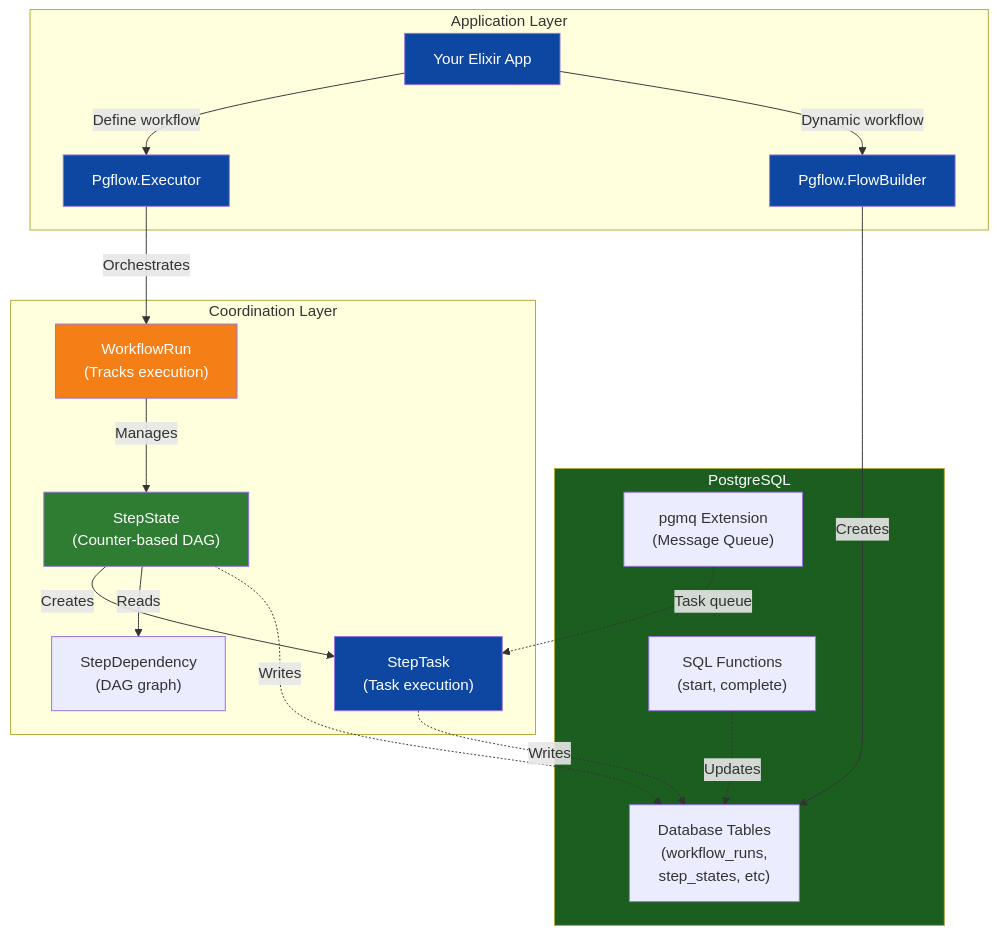
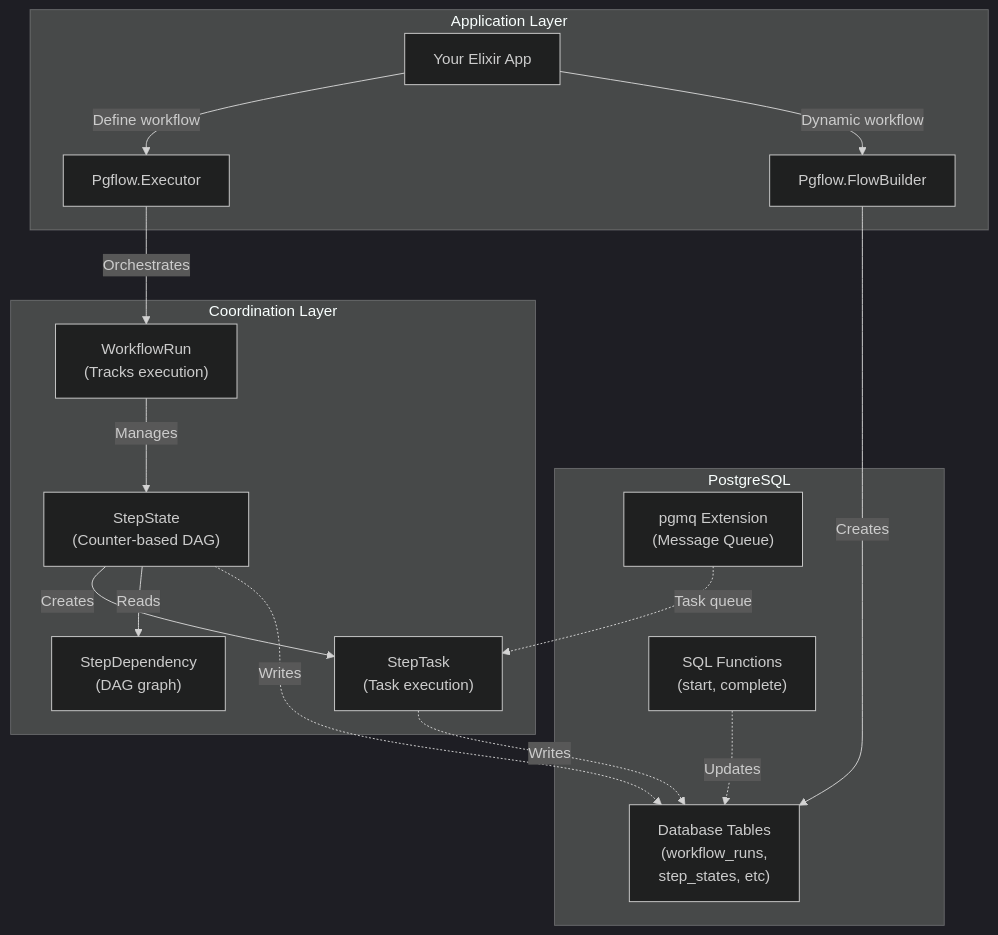
Before and after one commit to Singularity-ng/singularity-workflows: diagram 11 of 13 in README.md, drawn with Mermaid. The commit also changed other lines of this file, not shown here.

First line of the commit message:
Use Mermaid's built-in dark theme for all diagrams

````diff
--- a/README.md
+++ b/README.md
@@ -436,43 +369,36 @@
 ```mermaid
+%%{init: {'theme':'dark'}}%%
 graph TB
     subgraph "Application Layer"
         App[Your Elixir App]
         Executor[Pgflow.Executor]
         FlowBuilder[Pgflow.FlowBuilder]
     end
 
     subgraph "Coordination Layer"
         WorkflowRun["WorkflowRun<br/>(Tracks execution)"]
         StepState["StepState<br/>(Counter-based DAG)"]
         StepTask["StepTask<br/>(Task execution)"]
         StepDep["StepDependency<br/>(DAG graph)"]
     end
 
     subgraph "PostgreSQL"
         Tables["Database Tables<br/>(workflow_runs,<br/>step_states, etc)"]
         PGMQ["pgmq Extension<br/>(Message Queue)"]
         Functions["SQL Functions<br/>(start, complete)"]
     end
 
     App -->|Define workflow| Executor
     App -->|Dynamic workflow| FlowBuilder
     Executor -->|Orchestrates| WorkflowRun
     FlowBuilder -->|Creates| Tables
 
     WorkflowRun -->|Manages| StepState
     StepState -->|Creates| StepTask
     StepState -->|Reads| StepDep
 
     StepState -.->|Writes| Tables
     StepTask -.->|Writes| Tables
     PGMQ -.->|Task queue| StepTask
     Functions -.->|Updates| Tables
-
-    style App fill:#0d47a1,color:#fff
-    style PostgreSQL fill:#1b5e20,color:#fff
-    style WorkflowRun fill:#f57f17,color:#fff
-    style StepState fill:#2e7d32,color:#fff
-    style StepTask fill:#0d47a1,color:#fff
-    style Executor fill:#0d47a1,color:#fff
-    style FlowBuilder fill:#0d47a1,color:#fff
 ```
````
